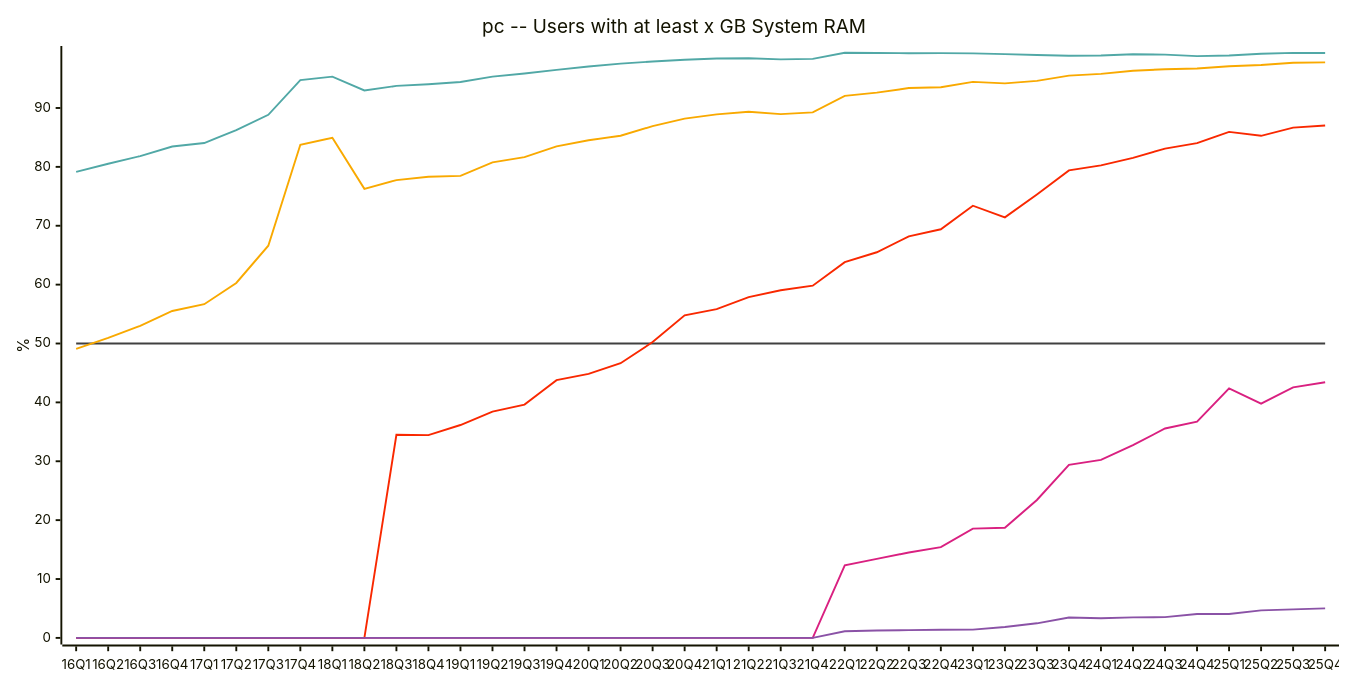
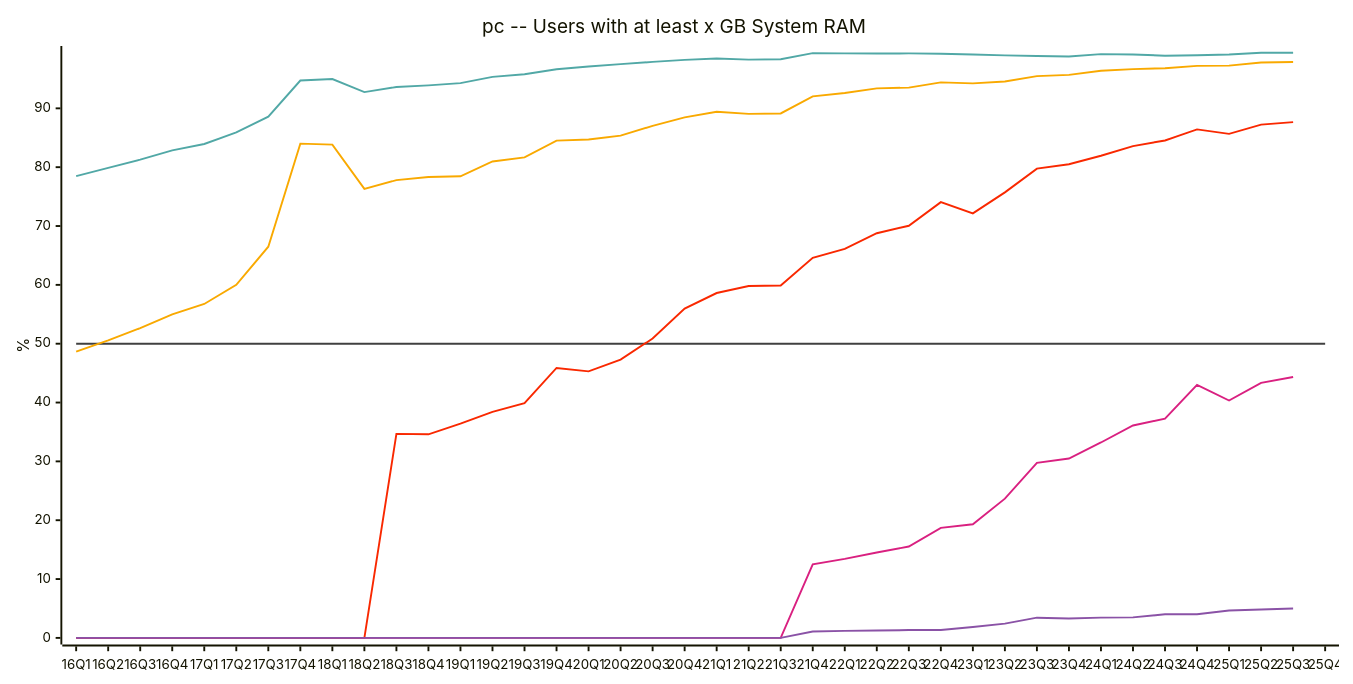
One commit to jdegene/steamHWsurvey changed diagram 26 of 28 in README.md. Above: the diagram before and after it, drawn with Mermaid. The commit also changed other lines of this file and 1 other file, not shown here.

````diff
--- a/README.md
+++ b/README.md
@@ -831,24 +832,24 @@
 ```mermaid
 ---
     config:
         xyChart:
             width: 1400
             height: 700
             
         themeVariables:
             xyChart:
                 plotColorPalette: "#404040,#51a8a6,#f9a900,#f92800,#d92080,#8a52a6"
 
 --- 
     
     xychart-beta
         title "pc -- Users with at least x GB System RAM"
         x-axis [16Q1, 16Q2, 16Q3, 16Q4, 17Q1, 17Q2, 17Q3, 17Q4, 18Q1, 18Q2, 18Q3, 18Q4, 19Q1, 19Q2, 19Q3, 19Q4, 20Q1, 20Q2, 20Q3, 20Q4, 21Q1, 21Q2, 21Q3, 21Q4, 22Q1, 22Q2, 22Q3, 22Q4, 23Q1, 23Q2, 23Q3, 23Q4, 24Q1, 24Q2, 24Q3, 24Q4, 25Q1, 25Q2, 25Q3, 25Q4]
     y-axis "%" 
  line [50, 50, 50, 50, 50, 50, 50, 50, 50, 50, 50, 50, 50, 50, 50, 50, 50, 50, 50, 50, 50, 50, 50, 50, 50, 50, 50, 50, 50, 50, 50, 50, 50, 50, 50, 50, 50, 50, 50, 50]
-    line [79.15666666666667, 80.52666666666667, 81.83333333333334, 83.46333333333334, 84.05, 86.25666666666666, 88.83666666666667, 94.74000000000001, 95.32333333333332, 92.97333333333334, 93.75, 94.03, 94.40666666666667, 95.33, 95.85333333333334, 96.47333333333333, 97.03666666666666, 97.53666666666666, 97.89666666666666, 98.18333333333334, 98.41000000000001, 98.45, 98.25, 98.33666666666666, 99.39, 99.33333333333333, 99.30666666666667, 99.32333333333332, 99.27, 99.14, 99.00333333333333, 98.87666666666668, 98.90333333333334, 99.13333333333333, 99.06333333333333, 98.81, 98.91, 99.20666666666666, 99.35333333333332, 99.33]
-    line [49.10333333333334, 50.95, 52.99, 55.52666666666667, 56.67666666666666, 60.29, 66.60333333333334, 83.76333333333334, 84.94999999999999, 76.26666666666667, 77.75666666666666, 78.32000000000001, 78.47, 80.76, 81.64333333333333, 83.49333333333333, 84.51333333333334, 85.29333333333332, 86.91, 88.2, 88.92000000000002, 89.35333333333334, 88.96333333333332, 89.25333333333333, 92.06666666666666, 92.61333333333333, 93.38333333333333, 93.51666666666667, 94.42666666666666, 94.17333333333335, 94.60666666666665, 95.49, 95.80000000000001, 96.33333333333333, 96.57666666666667, 96.70333333333333, 97.10000000000001, 97.31333333333333, 97.68333333333334, 97.74999999999999]
-    line [0, 0, 0, 0, 0, 0, 0, 0, 0, 0, 34.5, 34.43333333333333, 36.156666666666666, 38.43666666666667, 39.620000000000005, 43.78, 44.85333333333333, 46.65333333333333, 50.243333333333325, 54.78333333333333, 55.85, 57.89, 59.053333333333335, 59.82333333333333, 63.81666666666666, 65.49333333333334, 68.19999999999999, 69.39666666666668, 73.4, 71.42333333333333, 75.32, 79.39666666666666, 80.24999999999999, 81.53, 83.1, 84.03666666666668, 85.94, 85.27666666666667, 86.66, 87.02499999999999]
-    line [0, 0, 0, 0, 0, 0, 0, 0, 0, 0, 0, 0, 0, 0, 0, 0, 0, 0, 0, 0, 0, 0, 0, 0, 12.336666666666666, 13.426666666666668, 14.510000000000002, 15.413333333333332, 18.556666666666665, 18.700000000000003, 23.426666666666666, 29.386666666666667, 30.22333333333333, 32.72666666666667, 35.56999999999999, 36.73333333333333, 42.373333333333335, 39.796666666666674, 42.55, 43.42]
-    line [0, 0, 0, 0, 0, 0, 0, 0, 0, 0, 0, 0, 0, 0, 0, 0, 0, 0, 0, 0, 0, 0, 0, 0, 1.1266666666666667, 1.2533333333333334, 1.3166666666666667, 1.3866666666666667, 1.4066666666666667, 1.8399999999999999, 2.476666666666667, 3.47, 3.3299999999999996, 3.4799999999999995, 3.53, 4.046666666666667, 4.056666666666667, 4.673333333333333, 4.85, 5.01]
+    line [78.49333333333334, 79.88, 81.27666666666667, 82.85333333333332, 83.94, 85.90666666666668, 88.59333333333333, 94.72666666666667, 94.97333333333331, 92.75999999999999, 93.62333333333333, 93.90333333333332, 94.28999999999999, 95.345, 95.79333333333334, 96.64333333333333, 97.10000000000001, 97.50999999999999, 97.895, 98.24, 98.48333333333335, 98.28333333333333, 98.34, 99.39, 99.33999999999999, 99.31666666666668, 99.33666666666667, 99.26666666666667, 99.14, 98.99666666666667, 98.89, 98.81333333333333, 99.22, 99.16333333333333, 98.94333333333334, 99.02666666666667, 99.15666666666667, 99.45666666666666, 99.445]
+    line [48.65333333333333, 50.57333333333332, 52.64333333333333, 54.99000000000001, 56.755, 60.016666666666666, 66.49, 83.99666666666667, 83.83333333333334, 76.315, 77.79333333333334, 78.32333333333335, 78.45, 80.975, 81.66333333333334, 84.50999999999999, 84.695, 85.35666666666667, 87.03, 88.47500000000001, 89.42999999999999, 89.05333333333334, 89.13, 92.045, 92.60333333333332, 93.39, 93.52000000000001, 94.42, 94.245, 94.55666666666667, 95.48333333333333, 95.69, 96.39666666666665, 96.66333333333333, 96.82333333333334, 97.21333333333332, 97.25333333333333, 97.78666666666668, 97.865]
+    line [0, 0, 0, 0, 0, 0, 0, 0, 0, 0, 34.68, 34.60333333333334, 36.400000000000006, 38.415, 39.900000000000006, 45.87333333333333, 45.30499999999999, 47.29666666666666, 50.879999999999995, 55.970000000000006, 58.61333333333333, 59.79666666666667, 59.89, 64.595, 66.11333333333333, 68.77666666666667, 70.04333333333334, 74.05333333333334, 72.14500000000001, 75.71666666666667, 79.75666666666666, 80.50666666666667, 81.94333333333333, 83.58333333333333, 84.54, 86.42666666666666, 85.67, 87.23, 87.64999999999999]
+    line [0, 0, 0, 0, 0, 0, 0, 0, 0, 0, 0, 0, 0, 0, 0, 0, 0, 0, 0, 0, 0, 0, 0, 12.509999999999998, 13.433333333333334, 14.523333333333333, 15.526666666666667, 18.689999999999998, 19.314999999999998, 23.666666666666668, 29.753333333333337, 30.483333333333327, 33.21333333333333, 36.1, 37.266666666666666, 43.00666666666667, 40.339999999999996, 43.346666666666664, 44.345]
+    line [0, 0, 0, 0, 0, 0, 0, 0, 0, 0, 0, 0, 0, 0, 0, 0, 0, 0, 0, 0, 0, 0, 0, 1.09, 1.1900000000000002, 1.25, 1.3299999999999998, 1.3466666666666667, 1.8450000000000002, 2.4233333333333333, 3.4366666666666665, 3.2966666666666664, 3.4466666666666668, 3.4900000000000007, 4.010000000000001, 4.02, 4.65, 4.82, 4.99]
 ``` 
````
